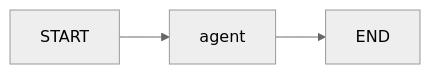
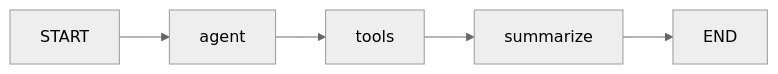
The diagram in README.md (ErikaMendes89/langgraph-agent-lab), drawn with Mermaid (neutral theme) before and after one commit. The commit also changed other lines of this file and 17 other files, not shown here.

````diff
--- a/README.md
+++ b/README.md
@@ -29,4 +30,4 @@
 ```mermaid
 flowchart LR
-    START --> agent --> END
+    START --> agent --> tools --> summarize --> END
 ```
````
